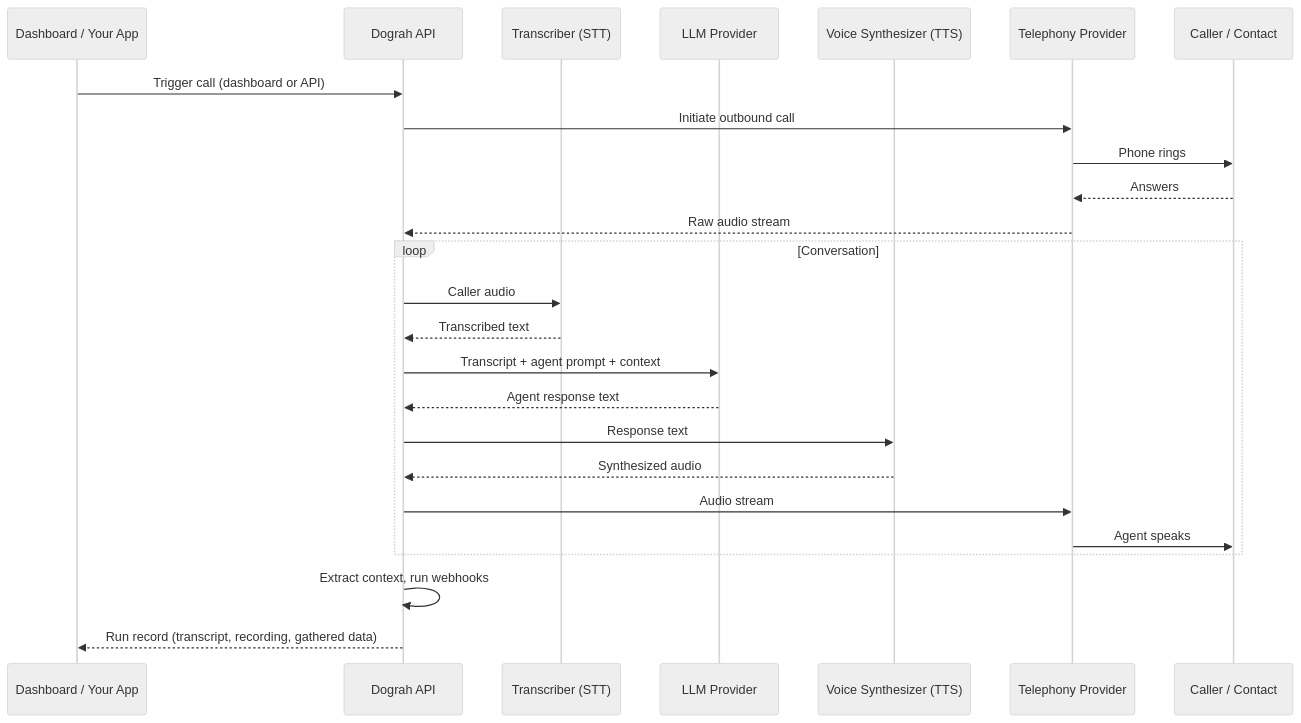
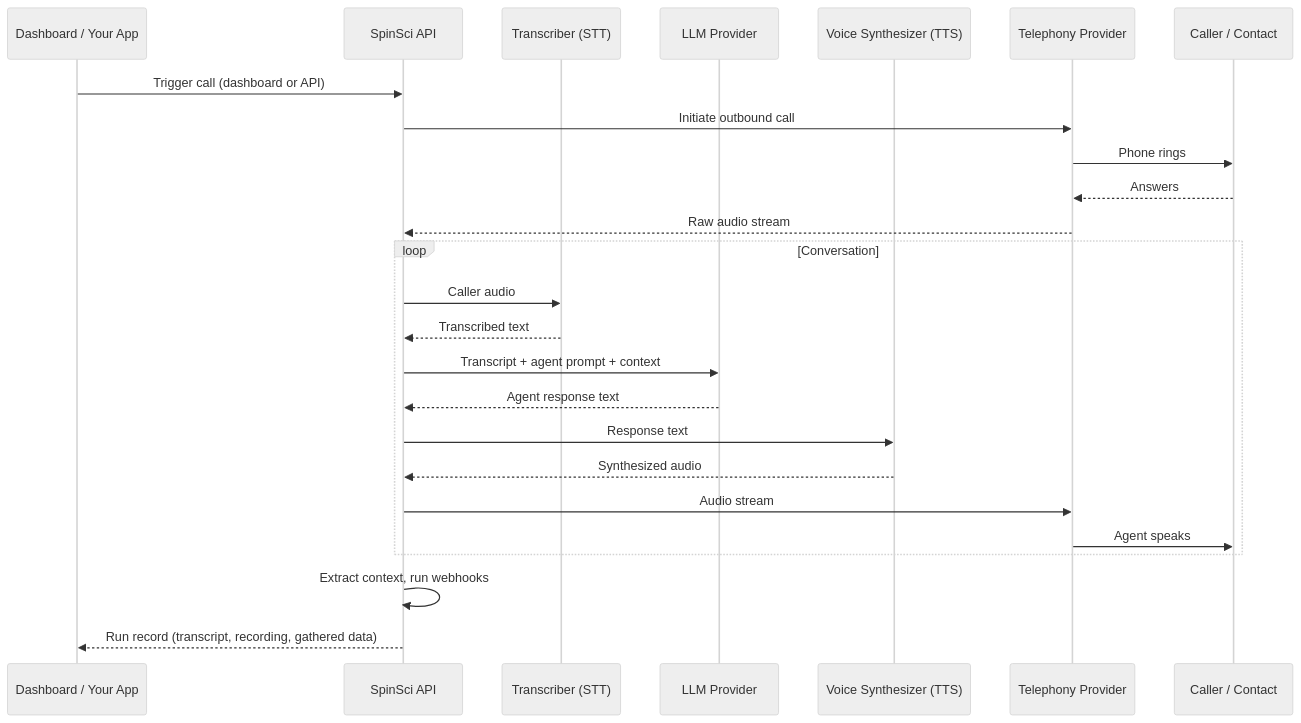
One commit to sdpolke/spinsci-coworker-studio changed the diagram in docs/core-concepts/how-dograh-works.mdx. Above: the diagram before and after it, drawn with Mermaid (neutral theme). The commit also changed other lines of this file and 157 other files, not shown here.

````diff
--- a/docs/core-concepts/how-dograh-works.mdx
+++ b/docs/core-concepts/how-dograh-works.mdx
@@ -10,28 +10,28 @@
 ```mermaid
 sequenceDiagram
     participant U as Dashboard / Your App
-    participant API as Dograh API
+    participant API as SpinSci API
     participant STT as Transcriber (STT)
     participant LLM as LLM Provider
     participant TTS as Voice Synthesizer (TTS)
     participant Tel as Telephony Provider
     participant Cal as Caller / Contact
 
     U->>API: Trigger call (dashboard or API)
     API->>Tel: Initiate outbound call
     Tel->>Cal: Phone rings
     Cal-->>Tel: Answers
     Tel-->>API: Raw audio stream
     loop Conversation
         API->>STT: Caller audio
         STT-->>API: Transcribed text
         API->>LLM: Transcript + agent prompt + context
         LLM-->>API: Agent response text
         API->>TTS: Response text
         TTS-->>API: Synthesized audio
         API->>Tel: Audio stream
         Tel->>Cal: Agent speaks
     end
     API->>API: Extract context, run webhooks
     API-->>U: Run record (transcript, recording, gathered data)
 ```
````
